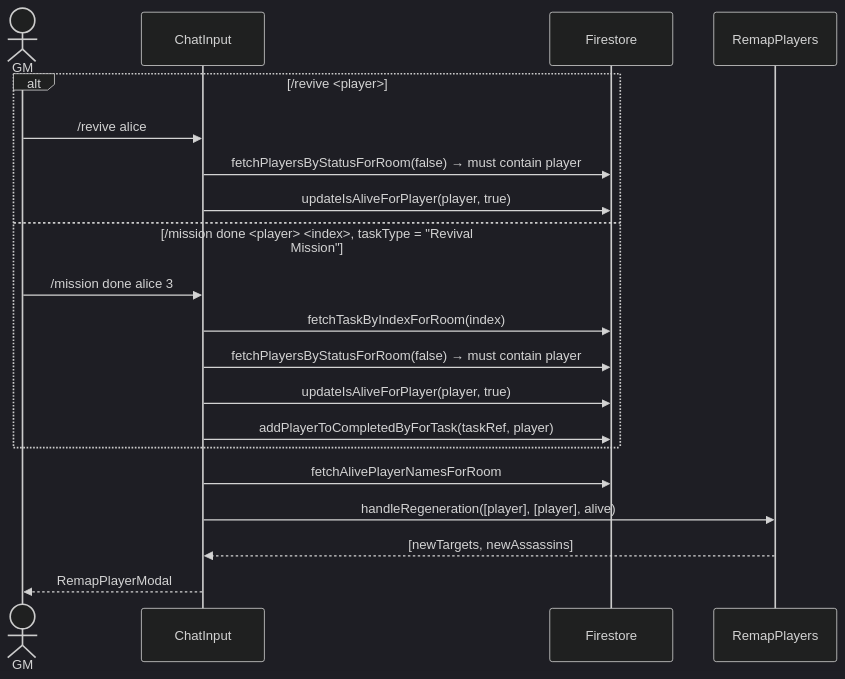
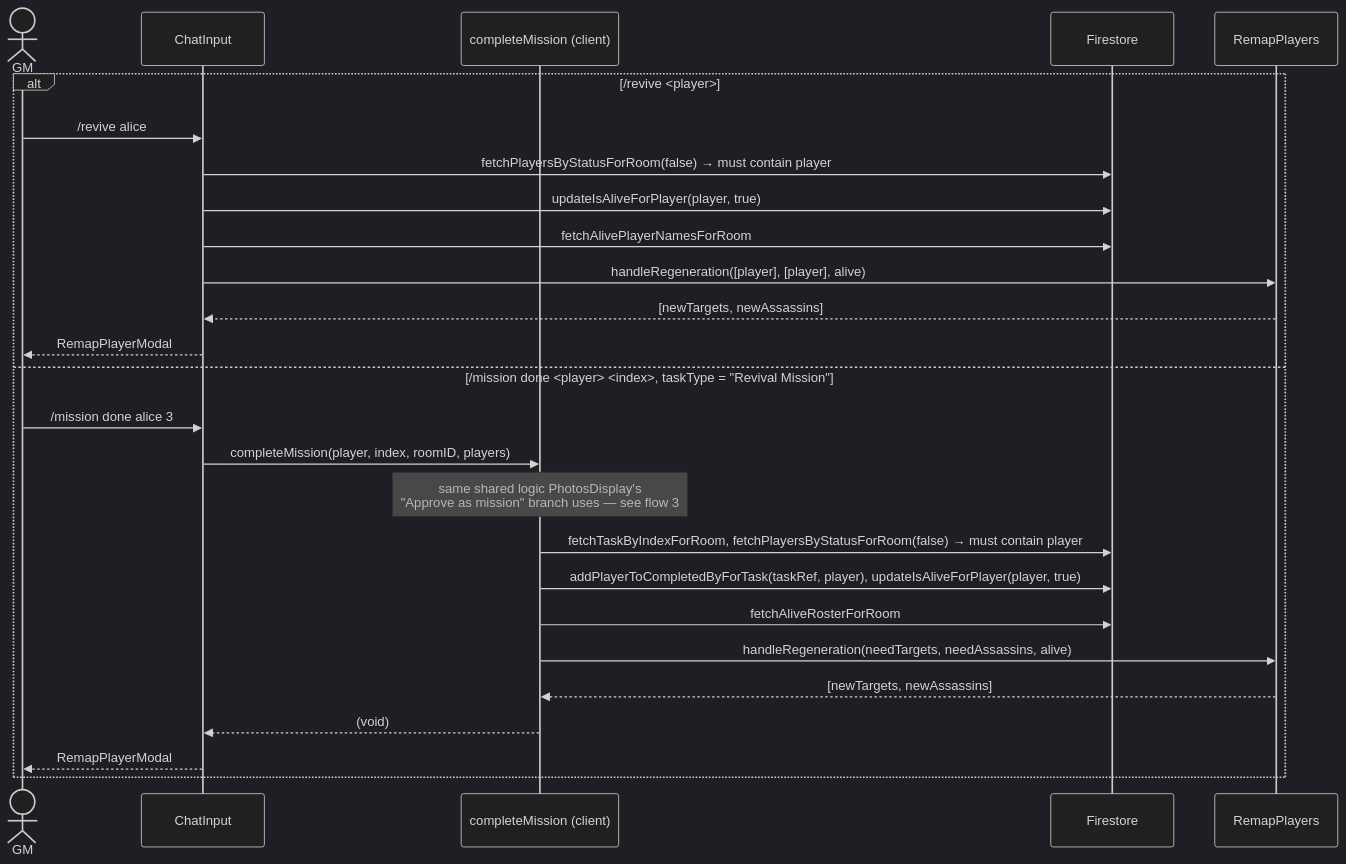
Before and after one commit to allenthebosscoder/mall-mystery-heroes: the fourth of 4 diagrams in docs/game-flows.md, drawn with Mermaid (dark theme).

Commit message:
Fix a doc cross-reference the fix-wave re-review flagged
The photo-moderation diagram new mission-approval branch pointed readers
to flow 4 for the shared completeMission logic, but flow 4 itself still
showed the old inline sequence /mission done used before that refactor,
a staleness that predated this feature but was never one of the doc
locations the earlier review flagged. Updated flow 4 diagram to show the
actual completeMission-based path, matching what ChatInput.js has called
since the earlier refactor in this same feature.

````diff
--- a/docs/game-flows.md
+++ b/docs/game-flows.md
@@ -280,24 +280,29 @@
 ```mermaid
 sequenceDiagram
     actor GM
     participant CI as ChatInput
+    participant CM as completeMission (client)
     participant FS as Firestore
     participant RP as RemapPlayers
 
     alt /revive <player>
         GM->>CI: /revive alice
         CI->>FS: fetchPlayersByStatusForRoom(false) → must contain player
         CI->>FS: updateIsAliveForPlayer(player, true)
+        CI->>FS: fetchAlivePlayerNamesForRoom
+        CI->>RP: handleRegeneration([player], [player], alive)
+        RP-->>CI: [newTargets, newAssassins]
+        CI-->>GM: RemapPlayerModal
     else /mission done <player> <index>, taskType = "Revival Mission"
         GM->>CI: /mission done alice 3
-        CI->>FS: fetchTaskByIndexForRoom(index)
-        CI->>FS: fetchPlayersByStatusForRoom(false) → must contain player
-        CI->>FS: updateIsAliveForPlayer(player, true)
-        CI->>FS: addPlayerToCompletedByForTask(taskRef, player)
+        CI->>CM: completeMission(player, index, roomID, players)
+        Note over CM: same shared logic PhotosDisplay's<br/>"Approve as mission" branch uses — see flow 3
+        CM->>FS: fetchTaskByIndexForRoom, fetchPlayersByStatusForRoom(false) → must contain player
+        CM->>FS: addPlayerToCompletedByForTask(taskRef, player), updateIsAliveForPlayer(player, true)
+        CM->>FS: fetchAliveRosterForRoom
+        CM->>RP: handleRegeneration(needTargets, needAssassins, alive)
+        RP-->>CM: [newTargets, newAssassins]
+        CM-->>CI: (void)
+        CI-->>GM: RemapPlayerModal
     end
-
-    CI->>FS: fetchAlivePlayerNamesForRoom
-    CI->>RP: handleRegeneration([player], [player], alive)
-    RP-->>CI: [newTargets, newAssassins]
-    CI-->>GM: RemapPlayerModal
 ```
````
